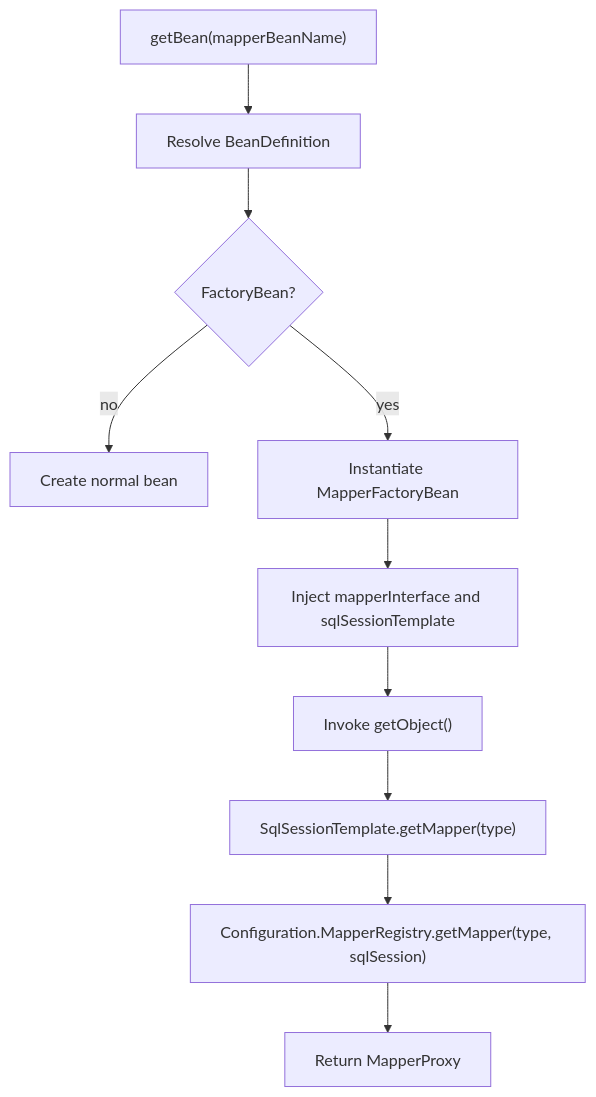
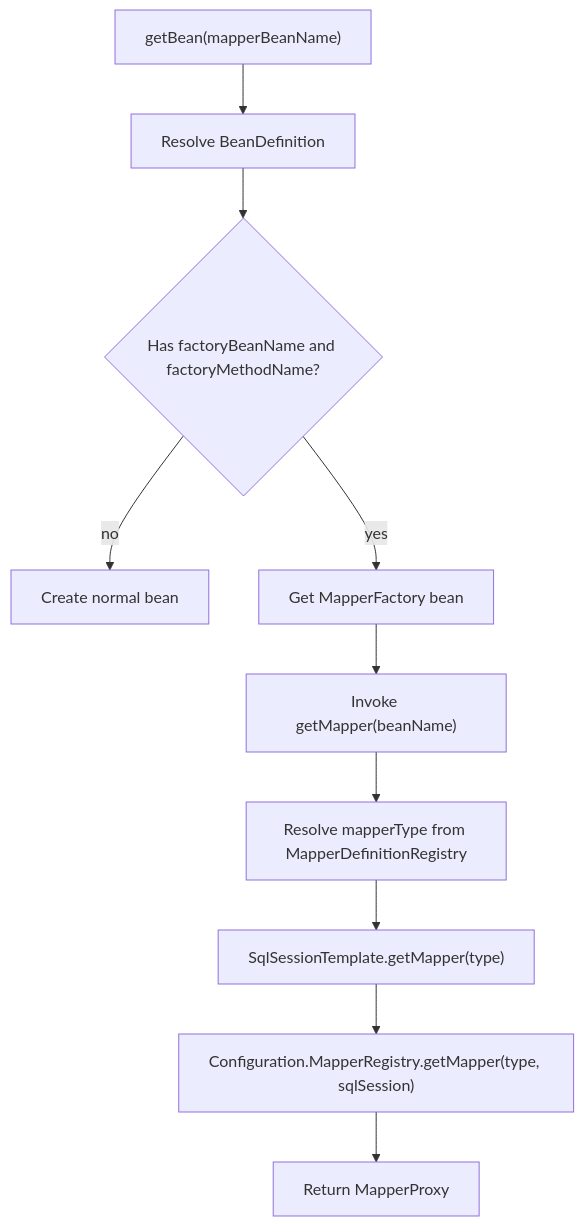
Before and after one commit to Jianing-Xu/mini-mybatis: the third of 3 diagrams in docs/integration-mybatis-spring-phase-1.md, drawn with Mermaid. The commit also changed other lines of this file and 2 other files, not shown here.

````diff
--- a/docs/integration-mybatis-spring-phase-1.md
+++ b/docs/integration-mybatis-spring-phase-1.md
@@ -242,12 +279,12 @@
 ```mermaid
 flowchart TD
     p1f1["getBean(mapperBeanName)"] --> p1f2["Resolve BeanDefinition"]
-    p1f2 --> p1f3{"FactoryBean?"}
+    p1f2 --> p1f3{"Has factoryBeanName and factoryMethodName?"}
     p1f3 -->|no| p1f4["Create normal bean"]
-    p1f3 -->|yes| p1f5["Instantiate MapperFactoryBean"]
-    p1f5 --> p1f6["Inject mapperInterface and sqlSessionTemplate"]
-    p1f6 --> p1f7["Invoke getObject()"]
+    p1f3 -->|yes| p1f5["Get MapperFactory bean"]
+    p1f5 --> p1f6["Invoke getMapper(beanName)"]
+    p1f6 --> p1f7["Resolve mapperType from MapperDefinitionRegistry"]
     p1f7 --> p1f8["SqlSessionTemplate.getMapper(type)"]
     p1f8 --> p1f9["Configuration.MapperRegistry.getMapper(type, sqlSession)"]
     p1f9 --> p1f10["Return MapperProxy"]
 ```
````
